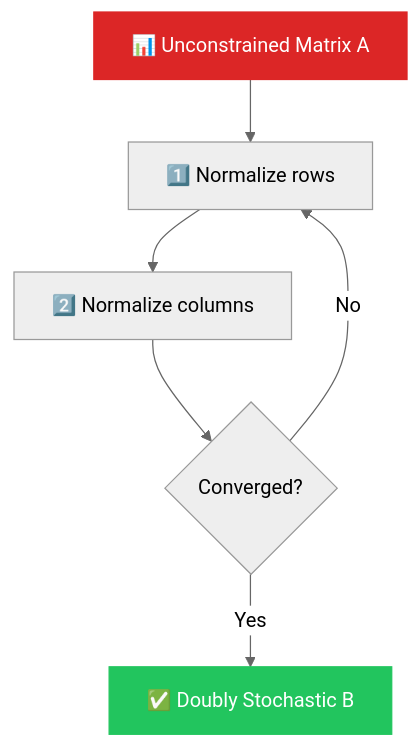
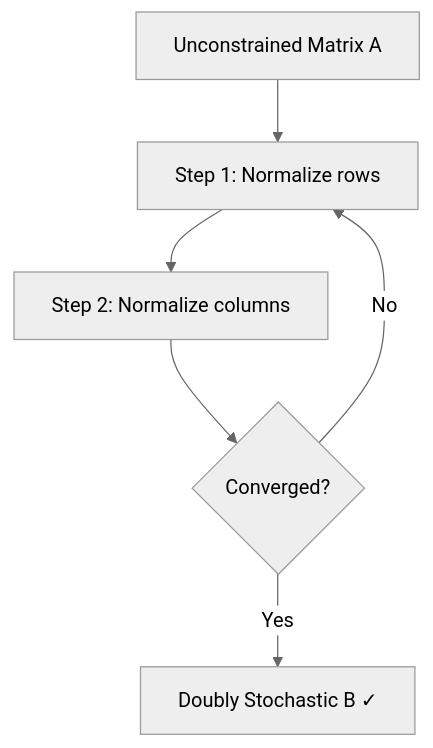
Before and after one commit to sandeeppandey456/sandeeppandey456.github.io: the fifth of 9 diagrams in _posts/2026-01-06-manifold-constrained-hyper-connections.md, drawn with Mermaid (neutral theme). The commit also changed other lines of this file and 1 other file, not shown here.

```diff
--- a/_posts/2026-01-06-manifold-constrained-hyper-connections.md
+++ b/_posts/2026-01-06-manifold-constrained-hyper-connections.md
@@ -369,11 +285,8 @@
-<div class="mermaid">
+<pre class="mermaid">
 graph TB
-    A["📊 Unconstrained Matrix A"] --> S1["1️⃣ Normalize rows"]
-    S1 --> S2["2️⃣ Normalize columns"]
-    S2 --> C{Converged?}
+    A["Unconstrained Matrix A"] --> S1["Step 1: Normalize rows"]
+    S1 --> S2["Step 2: Normalize columns"]
+    S2 --> C{"Converged?"}
     C -->|No| S1
-    C -->|Yes| B["✅ Doubly Stochastic B"]
-    
-    style A fill:#dc2626,stroke:#dc2626,color:#fff
-    style B fill:#22c55e,stroke:#22c55e,color:#fff
-</div>
+    C -->|Yes| B["Doubly Stochastic B ✓"]
+</pre>
```
